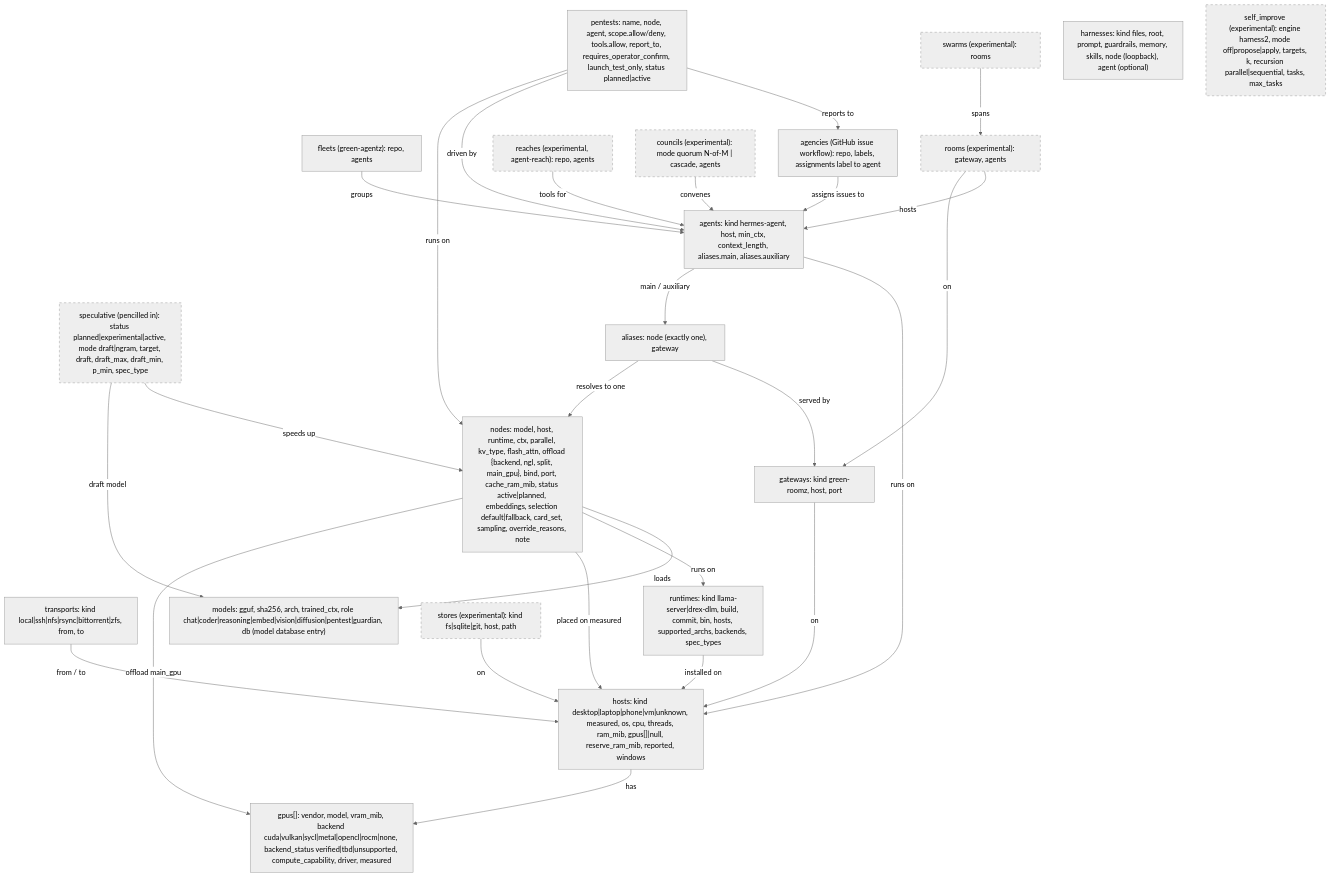
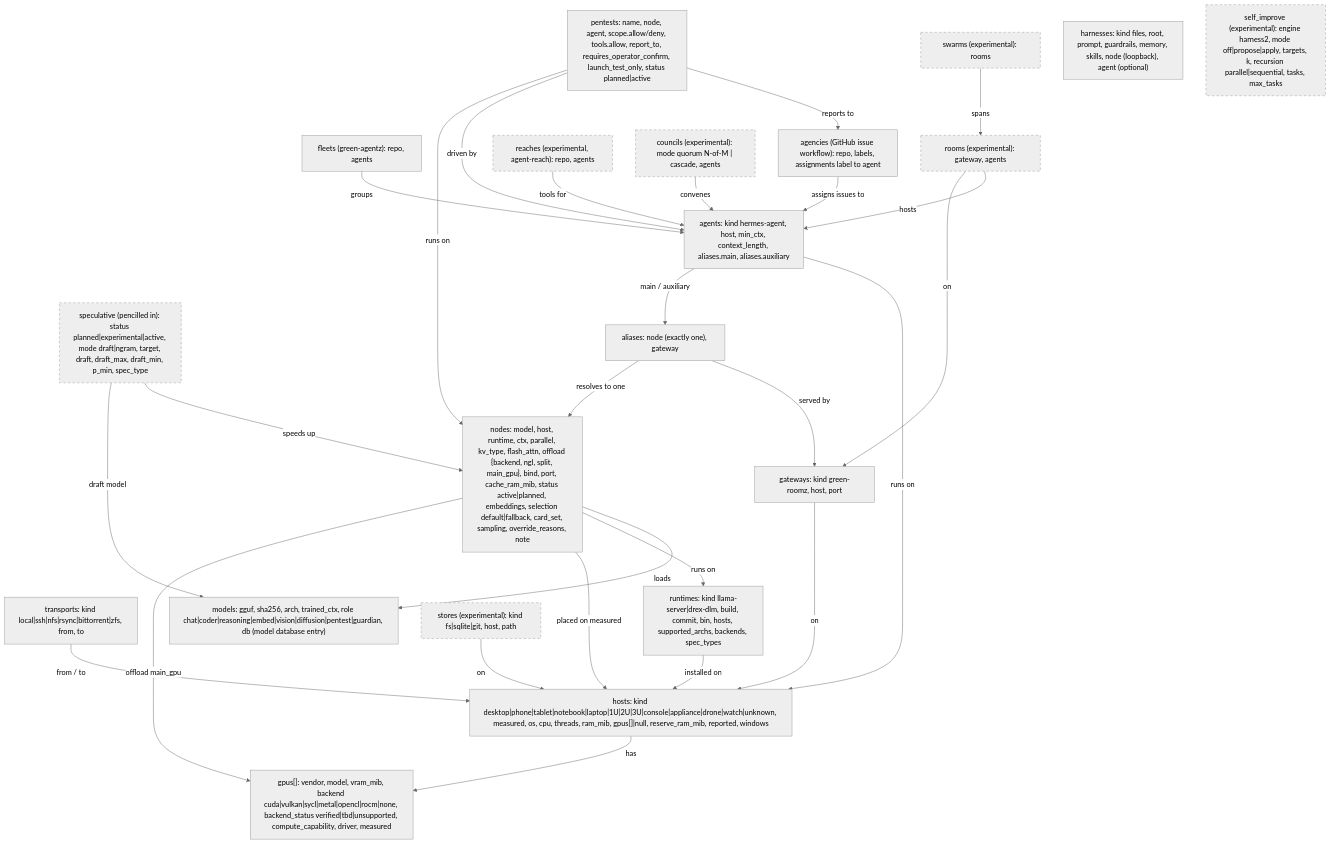
The diagram in docs/graph-types.md (brianreborn/familia), drawn with Mermaid (neutral theme) before and after one commit. The commit also changed other lines of this file and 15 other files, not shown here.

First line of the commit message:
feat(graph): physical form-factor box archetypes + default shapes

````diff
--- a/docs/graph-types.md
+++ b/docs/graph-types.md
@@ -20,51 +20,51 @@
 ```mermaid
 graph TD
-  host["hosts: kind desktop|laptop|phone|vm|unknown, measured, os, cpu, threads, ram_mib, gpus[]|null, reserve_ram_mib, reported, windows"]
+  host["hosts: kind desktop|phone|tablet|notebook|laptop|1U|2U|3U|console|appliance|drone|watch|unknown, measured, os, cpu, threads, ram_mib, gpus[]|null, reserve_ram_mib, reported, windows"]
   gpu["gpus[]: vendor, model, vram_mib, backend cuda|vulkan|sycl|metal|opencl|rocm|none, backend_status verified|tbd|unsupported, compute_capability, driver, measured"]
   transport["transports: kind local|ssh|nfs|rsync|bittorrent|zfs, from, to"]
   runtime["runtimes: kind llama-server|drex-dlm, build, commit, bin, hosts, supported_archs, backends, spec_types"]
   model["models: gguf, sha256, arch, trained_ctx, role chat|coder|reasoning|embed|vision|diffusion|pentest|guardian, db (model database entry)"]
   node["nodes: model, host, runtime, ctx, parallel, kv_type, flash_attn, offload {backend, ngl, split, main_gpu}, bind, port, cache_ram_mib, status active|planned, embeddings, selection default|fallback, card_set, sampling, override_reasons, note"]
   spec["speculative (pencilled in): status planned|experimental|active, mode draft|ngram, target, draft, draft_max, draft_min, p_min, spec_type"]:::exp
   gateway["gateways: kind green-roomz, host, port"]
   alias["aliases: node (exactly one), gateway"]
   agent["agents: kind hermes-agent, host, min_ctx, context_length, aliases.main, aliases.auxiliary"]
   fleet["fleets (green-agentz): repo, agents"]
   agency["agencies (GitHub issue workflow): repo, labels, assignments label to agent"]
   room["rooms (experimental): gateway, agents"]:::exp
   swarm["swarms (experimental): rooms"]:::exp
   store["stores (experimental): kind fs|sqlite|git, host, path"]:::exp
   reach["reaches (experimental, agent-reach): repo, agents"]:::exp
   council["councils (experimental): mode quorum N-of-M | cascade, agents"]:::exp
   pentest["pentests: name, node, agent, scope.allow/deny, tools.allow, report_to, requires_operator_confirm, launch_test_only, status planned|active"]
   harness["harnesses: kind files, root, prompt, guardrails, memory, skills, node (loopback), agent (optional)"]
   selfimp["self_improve (experimental): engine harness2, mode off|propose|apply, targets, k, recursion parallel|sequential, tasks, max_tasks"]:::exp
 
 
   host -->|has| gpu
   node -->|offload main_gpu| gpu
   spec -->|draft model| model
   spec -->|speeds up| node
   transport -->|from / to| host
   runtime -->|installed on| host
   node -->|placed on measured| host
   node -->|runs on| runtime
   node -->|loads| model
   alias -->|resolves to one| node
   alias -->|served by| gateway
   gateway -->|on| host
   agent -->|main / auxiliary| alias
   agent -->|runs on| host
   fleet -->|groups| agent
   agency -->|assigns issues to| agent
   room -->|on| gateway
   room -->|hosts| agent
   swarm -->|spans| room
   store -->|on| host
   reach -->|tools for| agent
   council -->|convenes| agent
   pentest -->|runs on| node
   pentest -->|driven by| agent
   pentest -->|reports to| agency
   classDef exp stroke-dasharray: 5 5
 ```
````
